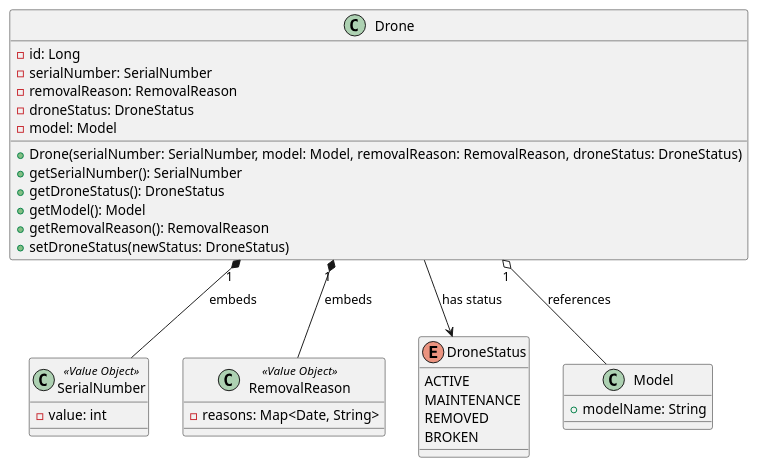
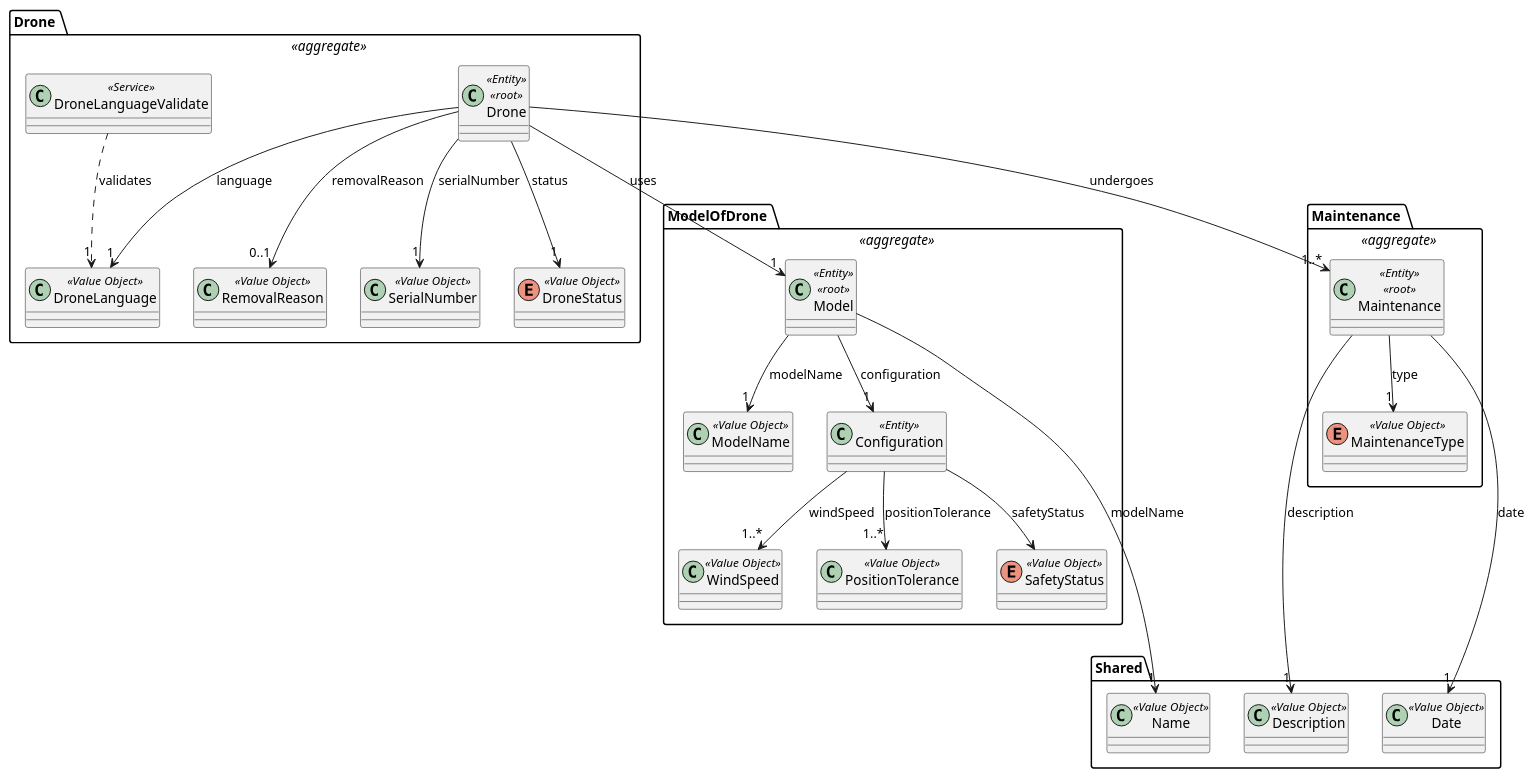
Before and after one commit to diogoveirospro/sem4pi-2024-2025-sem4pi_2024_2025_g44: the diagram in docs/SPRINT_3/US325/puml/domain_model_us325.puml, drawn with PlantUML. The commit also changed 1 other file, not shown here.

Commit message:
Changes in class diagram and domain model of US325

```diff
--- a/docs/SPRINT_3/US325/puml/domain_model_us325.puml
+++ b/docs/SPRINT_3/US325/puml/domain_model_us325.puml
@@ -1,43 +1,98 @@
 @startuml
 
+package "Drone " <<aggregate>> {
 
-class SerialNumber <<Value Object>> {
-  -value: int
+    class Drone <<Entity>> <<root>>{
+    }
+
+    class SerialNumber <<Value Object>>{
+    }
+
+    enum DroneStatus <<Value Object>>{
+    }
+
+    class RemovalReason <<Value Object>>{
+    }
+
+    class DroneLanguage <<Value Object>>{
+    }
+
+    class DroneLanguageValidate <<Service>>{
+    }
+
+    'Drone -> x
+    Drone --> "1" DroneStatus: status
+    Drone --> "1" SerialNumber: serialNumber
+    Drone --> "0..1" RemovalReason: removalReason
+    Drone --> "1" DroneLanguage: language
+
+    'DroneLanguageValidate -> x
+    DroneLanguageValidate ..> "1" DroneLanguage: validates
 }
 
-class RemovalReason <<Value Object>> {
-  -reasons: Map<Date, String>
+package "ModelOfDrone " <<aggregate>> {
+
+    class Model <<Entity>> <<root>>{
+    }
+    class ModelName <<Value Object>>{
+    }
+    class Configuration <<Entity>>{
+    }
+
+    class WindSpeed <<Value Object>>{
+    }
+
+    class PositionTolerance <<Value Object>>{
+    }
+
+    enum SafetyStatus <<Value Object>>{
+    }
+
+    'Model -> x
+    Model --> "1" Configuration: configuration
+    Configuration --> "1..*" WindSpeed: windSpeed
+    Configuration --> "1..*" PositionTolerance: positionTolerance
+    Model --> "1" ModelName: modelName
+    Configuration --> SafetyStatus: safetyStatus
+
+
+    'Drone -> x
+    Drone --> "1" Model: uses
+
 }
 
-enum DroneStatus {
-  ACTIVE
-  MAINTENANCE
-  REMOVED
-  BROKEN
+package "Maintenance " <<aggregate>> {
+
+    class Maintenance <<Entity>> <<root>>{
+    }
+
+    enum MaintenanceType <<Value Object>>{
+    }
+
+    'Maintenance -> x
+    Maintenance --> "1" MaintenanceType: type
+
+    'Drone -> x
+    Drone --> "1..*" Maintenance: undergoes
 }
 
-class Model {
-  +modelName: String
+package Shared {
+
+    class Date <<Value Object>>{
+    }
+
+    class Description <<Value Object>>{
+    }
+
+    class Name <<Value Object>>{
+    }
+
+    'Maintenance -> x
+    Maintenance ----> "1" Date: date
+    Maintenance ----> "1" Description: description
+
+    'Model -> x
+    Model ----> "1" Name: modelName
 }
 
-class Drone {
-  -id: Long
-  -serialNumber: SerialNumber
-  -removalReason: RemovalReason
-  -droneStatus: DroneStatus
-  -model: Model
-
-  +Drone(serialNumber: SerialNumber, model: Model, removalReason: RemovalReason, droneStatus: DroneStatus)
-  +getSerialNumber(): SerialNumber
-  +getDroneStatus(): DroneStatus
-  +getModel(): Model
-  +getRemovalReason(): RemovalReason
-  +setDroneStatus(newStatus: DroneStatus)
-}
-
-Drone "1" *-- SerialNumber : embeds
-Drone "1" *-- RemovalReason : embeds
-Drone "1" o-- Model : references
-Drone --> DroneStatus : has status
-
 @enduml
```
